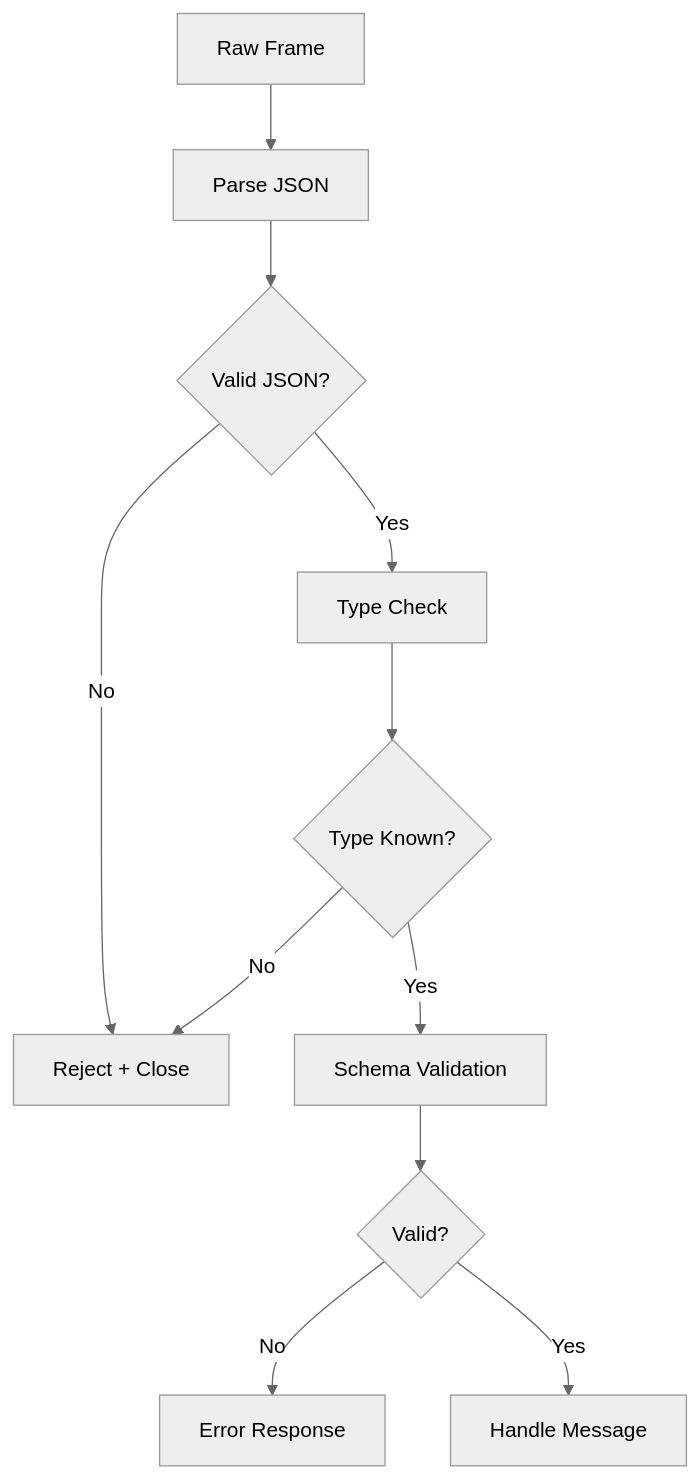
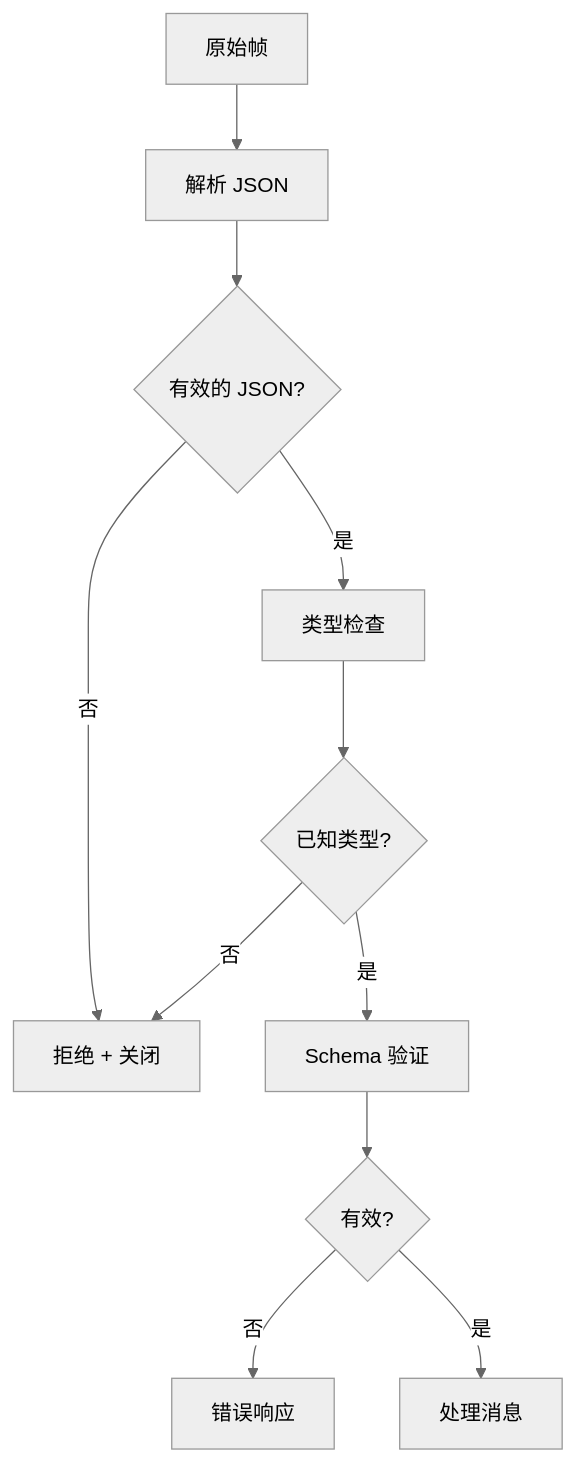
Before and after one commit to a576378368/openclaw_docs: the fourth of 4 diagrams in docs/zh/architecture-book/part-4-gateway-protocol/01-protocol-overview.md, drawn with Mermaid (neutral theme). The commit also changed other lines of this file and 4 other files, not shown here.

````diff
--- a/docs/zh/architecture-book/part-4-gateway-protocol/01-protocol-overview.md
+++ b/docs/zh/architecture-book/part-4-gateway-protocol/01-protocol-overview.md
@@ -346,13 +346,13 @@
 ```mermaid
 flowchart TB
-    A[Raw Frame] --> B[Parse JSON]
-    B --> C{Valid JSON?}
-    C -->|No| D[Reject + Close]
-    C -->|Yes| E[Type Check]
-    E --> F{Type Known?}
-    F -->|No| D
-    F -->|Yes| G[Schema Validation]
-    G --> H{Valid?}
-    H -->|No| I[Error Response]
-    H -->|Yes| J[Handle Message]
+    A[原始帧] --> B[解析 JSON]
+    B --> C{有效的 JSON?}
+    C -->|否| D[拒绝 + 关闭]
+    C -->|是| E[类型检查]
+    E --> F{已知类型?}
+    F -->|否| D
+    F -->|是| G[Schema 验证]
+    G --> H{有效?}
+    H -->|否| I[错误响应]
+    H -->|是| J[处理消息]
 ```
````
